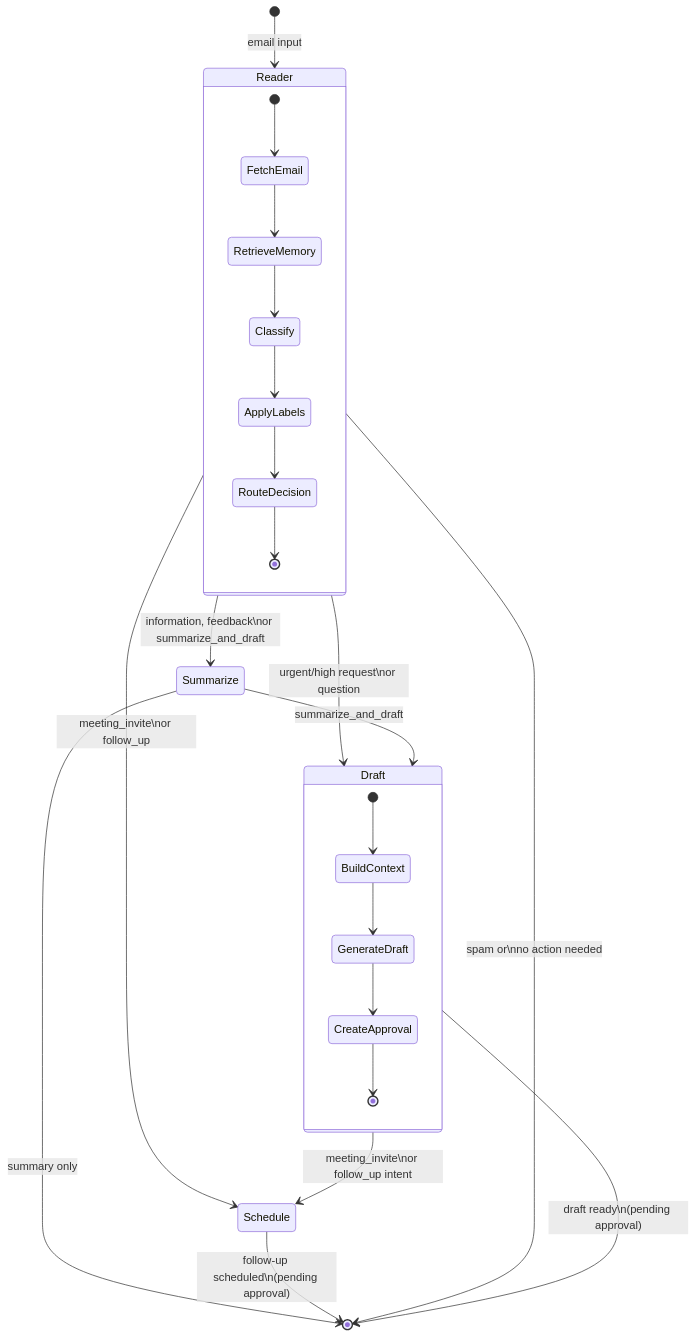
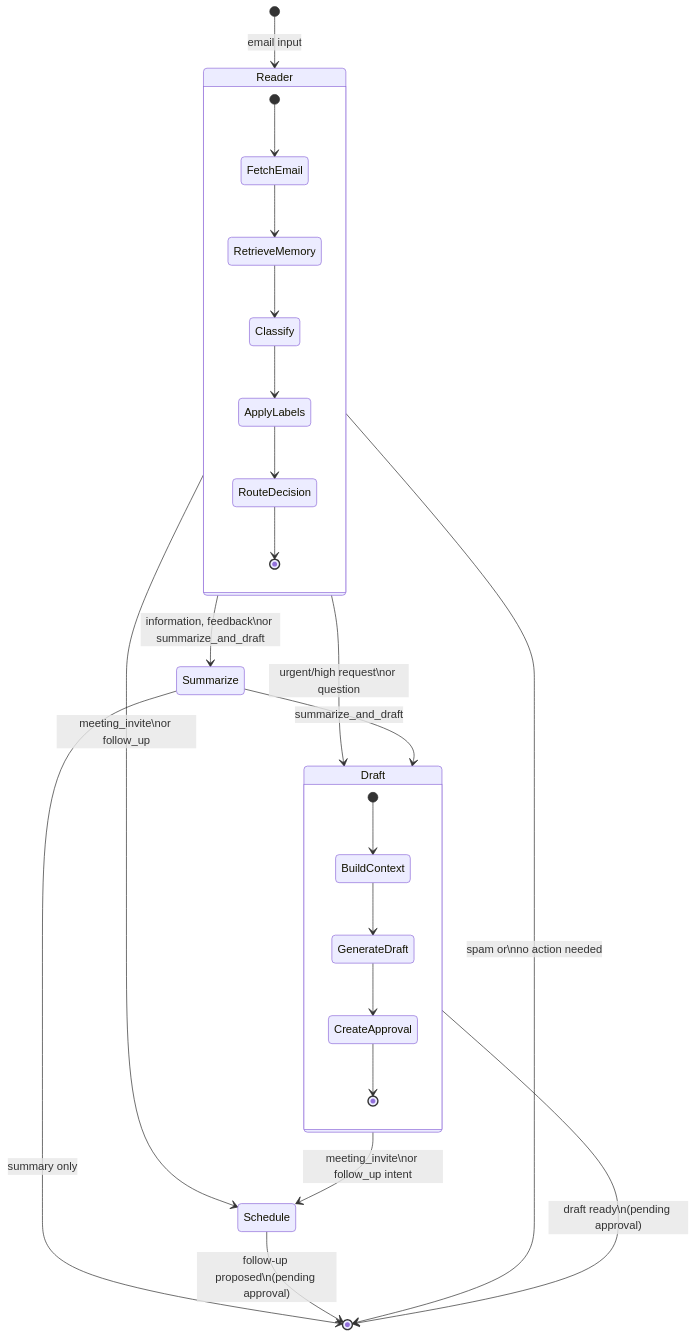
Before and after one commit to ArgirisBaras/betsson_assessment: the second of 4 diagrams in docs/architecture.md, drawn with Mermaid. The commit also changed other lines of this file and 1 other file, not shown here.

Commit message:
docs: update README and architecture

````diff
--- a/docs/architecture.md
+++ b/docs/architecture.md
@@ -90,33 +94,33 @@
 ```mermaid
 stateDiagram-v2
     [*] --> Reader: email input
 
     Reader --> Draft: urgent/high request\nor question
     Reader --> Summarize: information, feedback\nor summarize_and_draft
     Reader --> Schedule: meeting_invite\nor follow_up
     Reader --> [*]: spam or\nno action needed
 
     Summarize --> Draft: summarize_and_draft
     Summarize --> [*]: summary only
 
     Draft --> Schedule: meeting_invite\nor follow_up intent
     Draft --> [*]: draft ready\n(pending approval)
 
-    Schedule --> [*]: follow-up scheduled\n(pending approval)
+    Schedule --> [*]: follow-up proposed\n(pending approval)
 
     state Reader {
         [*] --> FetchEmail
         FetchEmail --> RetrieveMemory
         RetrieveMemory --> Classify
         Classify --> ApplyLabels
         ApplyLabels --> RouteDecision
         RouteDecision --> [*]
     }
 
     state Draft {
         [*] --> BuildContext
         BuildContext --> GenerateDraft
         GenerateDraft --> CreateApproval
         CreateApproval --> [*]
     }
 ```
````
